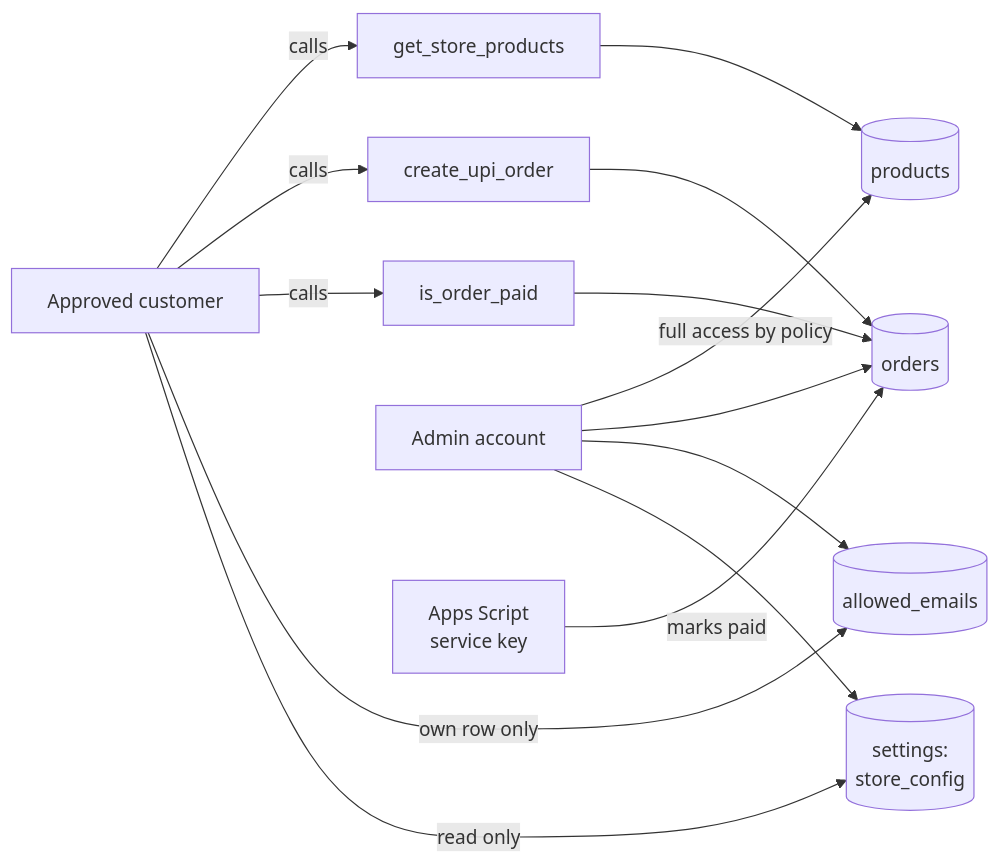
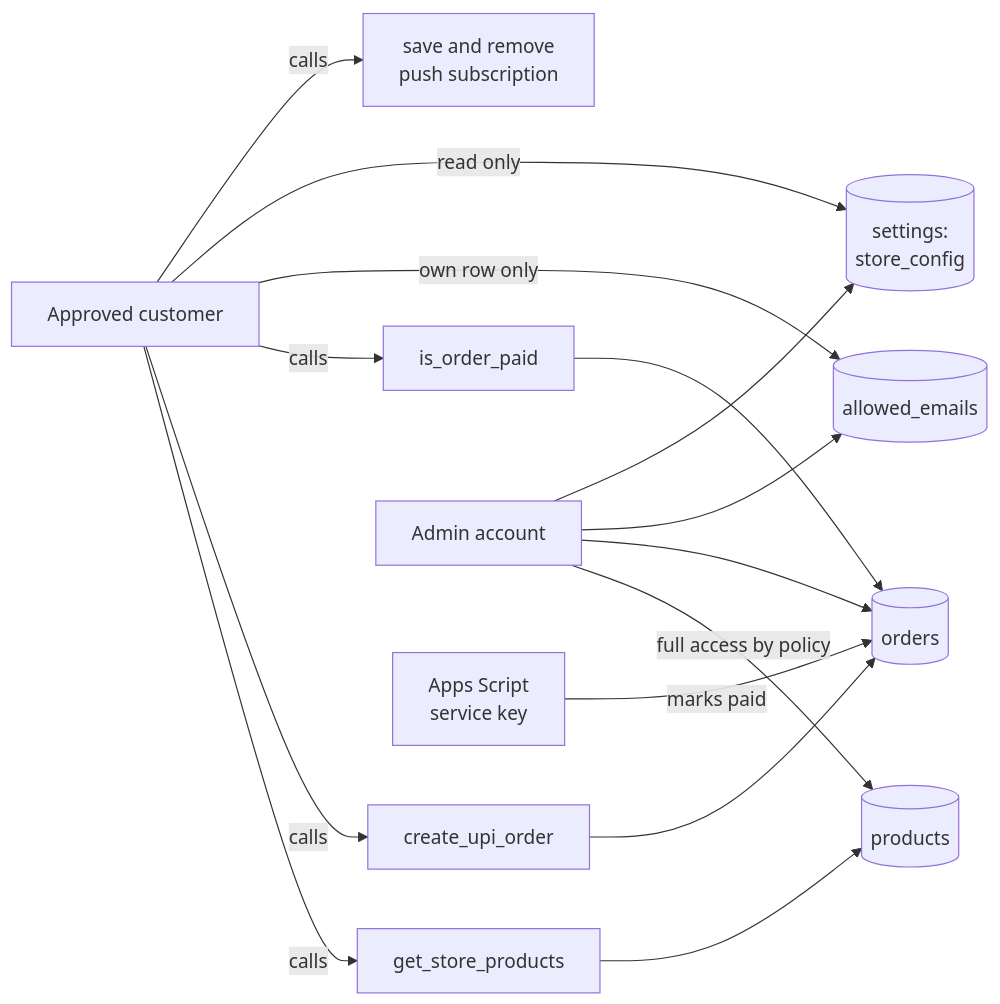
One commit to satyam-64136/My-store changed the sixth of 6 diagrams in README.md. Above: the diagram before and after it, drawn with Mermaid. The commit also changed other lines of this file and 2 other files, not shown here.

````diff
--- a/README.md
+++ b/README.md
@@ -198,16 +202,17 @@
 ```mermaid
 flowchart LR
   C["Approved customer"] -- "calls" --> F1["get_store_products"]
   C -- "calls" --> F2["create_upi_order"]
   C -- "calls" --> F3["is_order_paid"]
   C -- "own row only" --> T3[("allowed_emails")]
   C -- "read only" --> T4[("settings:<br/>store_config")]
+  C -- "calls" --> F4["save and remove<br/>push subscription"]
   F1 --> T1[("products")]
   F2 --> T2[("orders")]
   F3 --> T2
   AD["Admin account"] -- "full access by policy" --> T1
   AD --> T2
   AD --> T3
   AD --> T4
   GS["Apps Script<br/>service key"] -- "marks paid" --> T2
 ```
````
